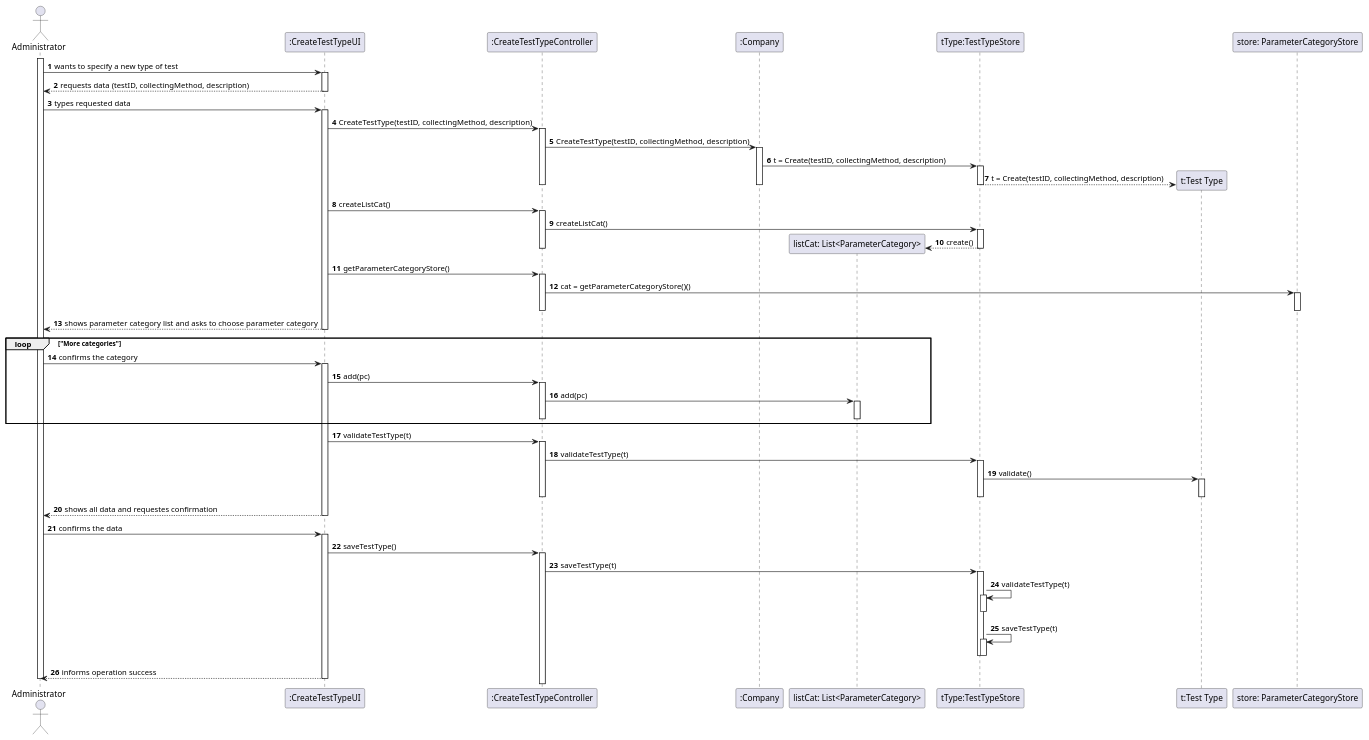
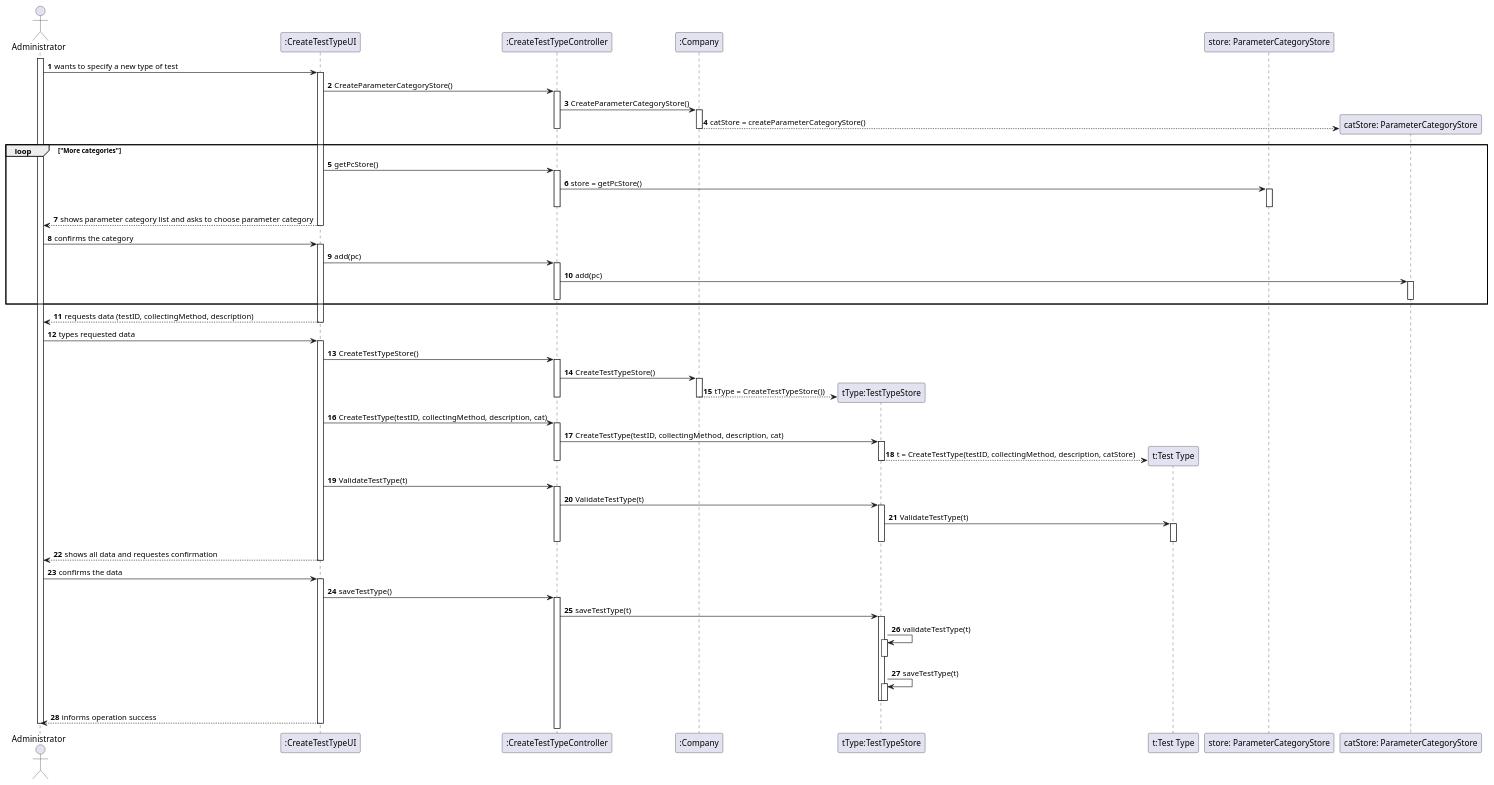
The diagram in docs/SprintB/US09/US9_SD.puml (MarianaCLages/LAPR2), drawn with PlantUML before and after one commit. The commit also changed 4 other files, not shown here.

```diff
--- a/docs/SprintB/US09/US9_SD.puml
+++ b/docs/SprintB/US09/US9_SD.puml
@@ -1,99 +1,104 @@
 @startuml
 autonumber
 actor Administrator as A
 participant ":CreateTestTypeUI" as UI
 participant ":CreateTestTypeController" as CTRL
 participant ":Company" as C
-participant "listCat: List<ParameterCategory>" as listCat
 participant "tType:TestTypeStore" as STO
 participant "t:Test Type" as T
 participant "store: ParameterCategoryStore" as CAT
+participant "catStore: ParameterCategoryStore" as CatStore
 
 activate A
 A -> UI: wants to specify a new type of test
 activate UI
-UI --> A: requests data (testID, collectingMethod, description)
-deactivate UI
-A -> UI: types requested data
-activate UI
-UI -> CTRL: CreateTestType(testID, collectingMethod, description)
+UI -> CTRL: CreateParameterCategoryStore()
 activate CTRL
-CTRL -> C: CreateTestType(testID, collectingMethod, description)
+CTRL->C: CreateParameterCategoryStore()
 activate C
-C -> STO: t = Create(testID, collectingMethod, description)
-activate STO
-STO--> T**: t = Create(testID, collectingMethod, description)
+C--> CatStore** : catStore = createParameterCategoryStore()
+deactivate C
 
-deactivate STO
-deactivate C
-deactivate CTRL
-
-UI -> CTRL: createListCat()
-activate CTRL
-CTRL -> STO: createListCat()
-activate STO
-STO --> listCat**: create()
 deactivate STO
 deactivate CTRL
 
-UI -> CTRL: getParameterCategoryStore()
+loop "More categories"
+UI -> CTRL: getPcStore()
 activate CTRL
-CTRL -> CAT : cat = getParameterCategoryStore()()
+CTRL -> CAT : store = getPcStore()
 activate CAT
 deactivate CAT
 deactivate CTRL
 
 
 UI --> A: shows parameter category list and asks to choose parameter category
 
 deactivate UI
-loop "More categories"
 A -> UI: confirms the category
 activate UI
 
 UI -> CTRL: add(pc)
 activate CTRL
-CTRL->listCat: add(pc)
-activate listCat
-deactivate listCat
-deactivate listCat
+CTRL->CatStore: add(pc)
+activate CatStore
+deactivate CatStore
 deactivate CTRL
 end
 
+UI --> A: requests data (testID, collectingMethod, description)
+deactivate UI
+A -> UI: types requested data
+activate UI
+UI->CTRL: CreateTestTypeStore()
+activate CTRL
+CTRL -> C: CreateTestTypeStore()
+activate C
+C--> STO**: tType = CreateTestTypeStore())
+deactivate CTRL
+deactivate C
+UI -> CTRL: CreateTestType(testID, collectingMethod, description, cat)
+activate CTRL
 
-UI ->CTRL: validateTestType(t)
+
+CTRL -> STO: CreateTestType(testID, collectingMethod, description, cat)
+activate STO
+STO--> T**: t = CreateTestType(testID, collectingMethod, description, catStore)
+deactivate STO
+deactivate CTRL
+
+UI ->CTRL: ValidateTestType(t)
 activate CTRL
-CTRL -> STO: validateTestType(t)
+CTRL -> STO: ValidateTestType(t)
 activate STO
-STO -> T : validate()
+STO -> T : ValidateTestType(t)
 activate T
 deactivate T
 deactivate STO
 deactivate CTRL
 
 UI --> A: shows all data and requestes confirmation
 deactivate UI
 
 A -> UI: confirms the data
 activate UI
 
 
 
 
 UI-> CTRL : saveTestType()
 activate CTRL
 CTRL -> STO: saveTestType(t)
 activate STO
 STO -> STO : validateTestType(t)
 activate STO
 deactivate STO
 STO -> STO : saveTestType(t)
 activate STO
 deactivate STO
 deactivate STO
 UI --> A: informs operation success
 deactivate UI
 deactivate A
 
 
 @enduml
```
